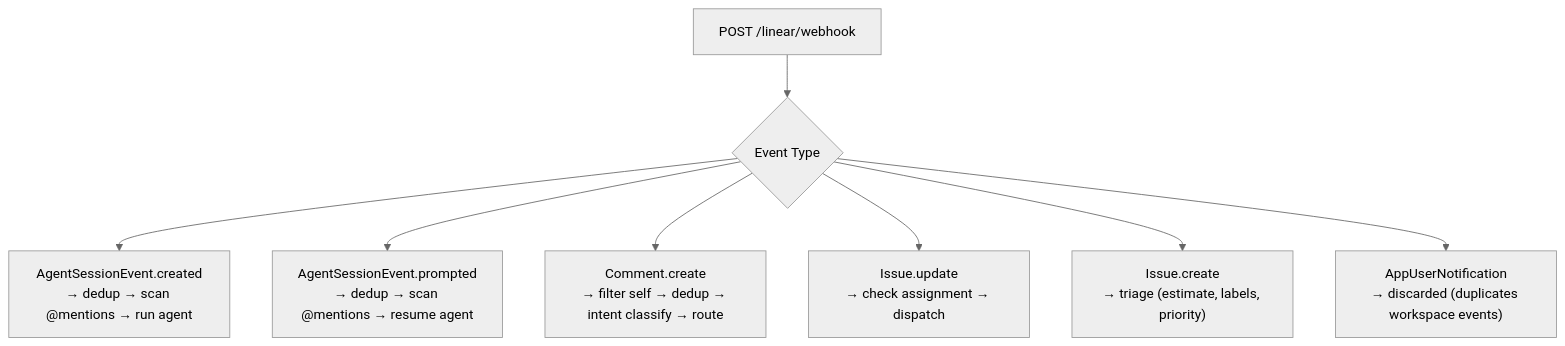
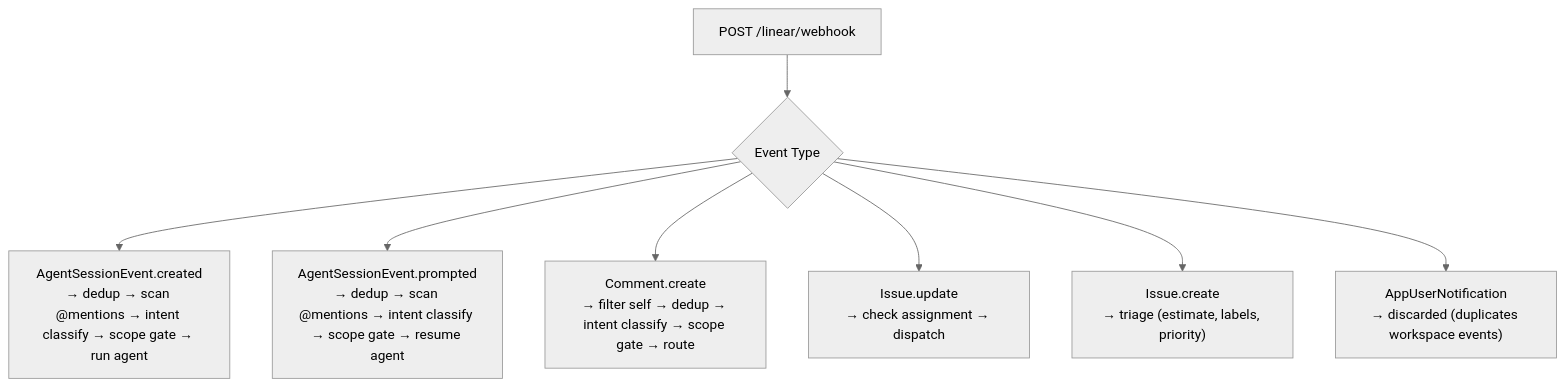
The sixth of 9 diagrams in README.md (supernitin/openclaw-linear-plugin-1), drawn with Mermaid (neutral theme) before and after one commit. The commit also changed other lines of this file, not shown here.

First line of the commit message:
docs: document intent gate, scope enforcement, and planning-only code_run

````diff
--- a/README.md
+++ b/README.md
@@ -1372,10 +1403,10 @@
 ```mermaid
 flowchart TD
     A["POST /linear/webhook"] --> B{"Event Type"}
-    B --> C["AgentSessionEvent.created<br/>→ dedup → scan @mentions → run agent"]
-    B --> D["AgentSessionEvent.prompted<br/>→ dedup → scan @mentions → resume agent"]
-    B --> E["Comment.create<br/>→ filter self → dedup → intent classify → route"]
+    B --> C["AgentSessionEvent.created<br/>→ dedup → scan @mentions → intent classify → scope gate → run agent"]
+    B --> D["AgentSessionEvent.prompted<br/>→ dedup → scan @mentions → intent classify → scope gate → resume agent"]
+    B --> E["Comment.create<br/>→ filter self → dedup → intent classify → scope gate → route"]
     B --> F["Issue.update<br/>→ check assignment → dispatch"]
     B --> G["Issue.create<br/>→ triage (estimate, labels, priority)"]
     B --> H["AppUserNotification<br/>→ discarded (duplicates workspace events)"]
 ```
````
